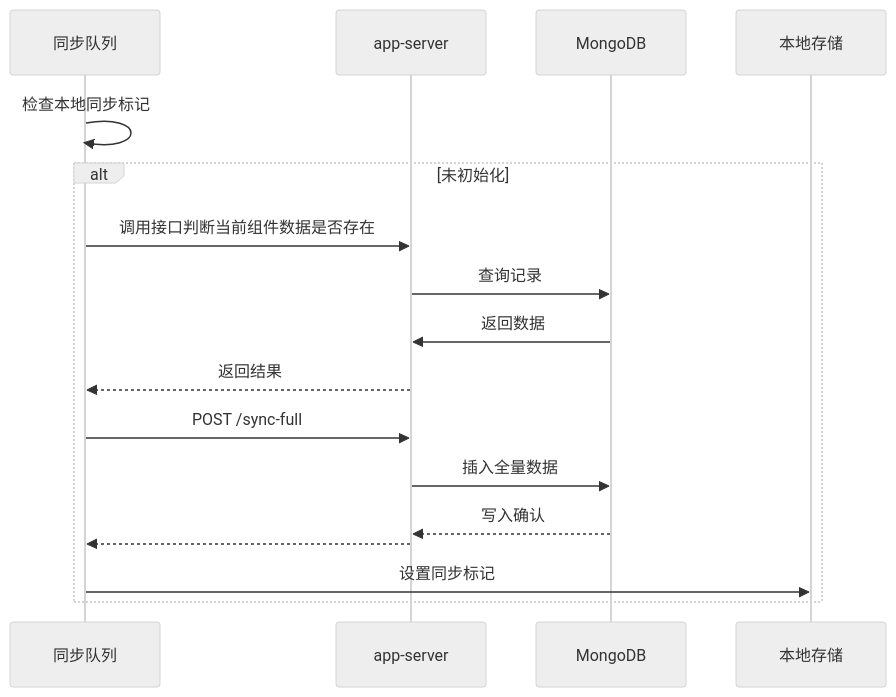
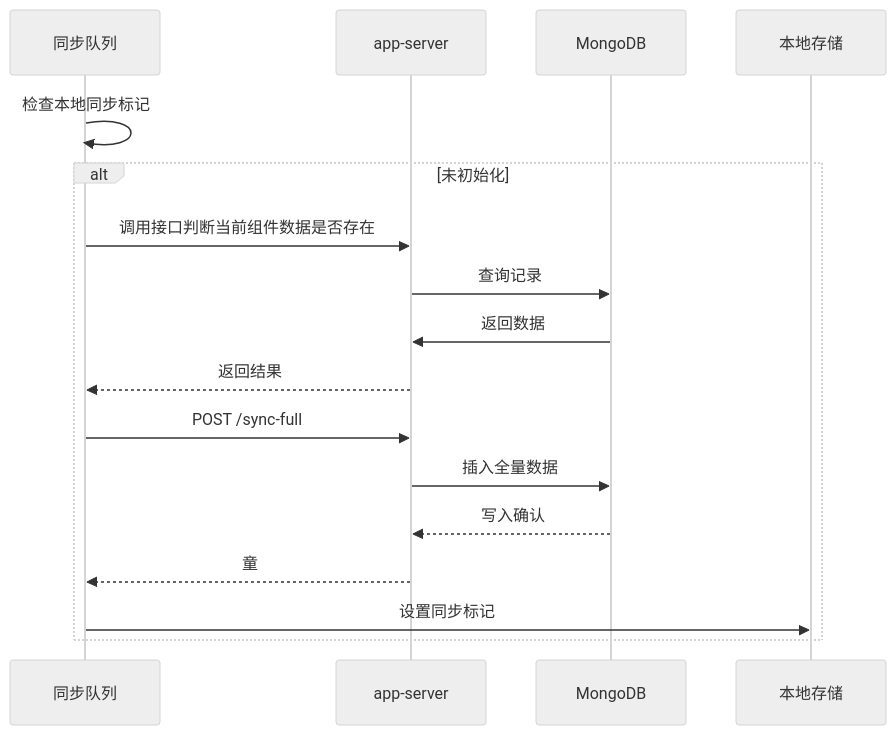
One commit to yingjianzh/iodraw-files changed the diagram in all/未命名-24.md. Above: the diagram before and after it, drawn with Mermaid (neutral theme).

Commit message:
2025-02-21 18:28:41 update

````diff
--- a/all/未命名-24.md
+++ b/all/未命名-24.md
@@ -1,19 +1,19 @@
 ```mermaid
 sequenceDiagram
     participant 同步队列
     participant app-server
     participant MongoDB
 
     同步队列->>同步队列: 检查本地同步标记
     alt 未初始化
         同步队列->>app-server: 调用接口判断当前组件数据是否存在
         app-server->>MongoDB: 查询记录
         MongoDB->>app-server: 返回数据
         app-server-->>同步队列: 返回结果
         同步队列->>app-server: POST /sync-full
         app-server->>MongoDB: 插入全量数据
         MongoDB-->>app-server: 写入确认
-        app-server-->>同步队列: 
+        app-server-->>同步队列: 童
         同步队列->>本地存储: 设置同步标记
     end
 ```
````
